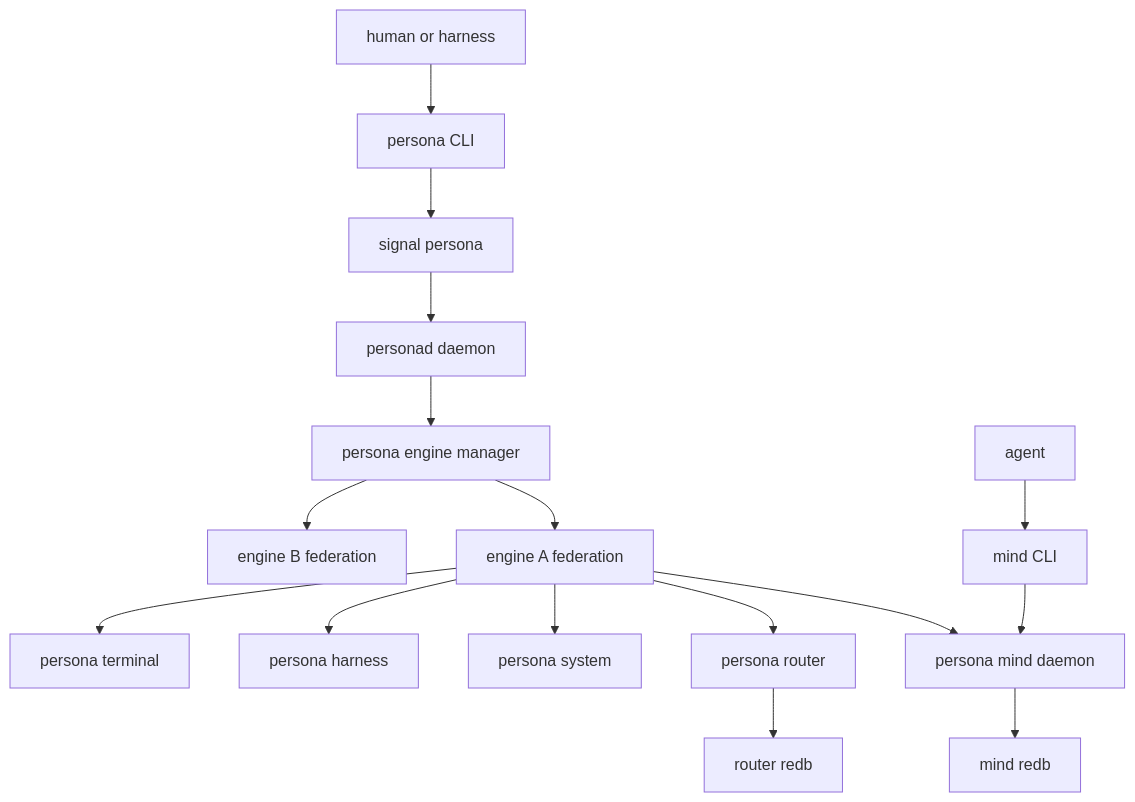
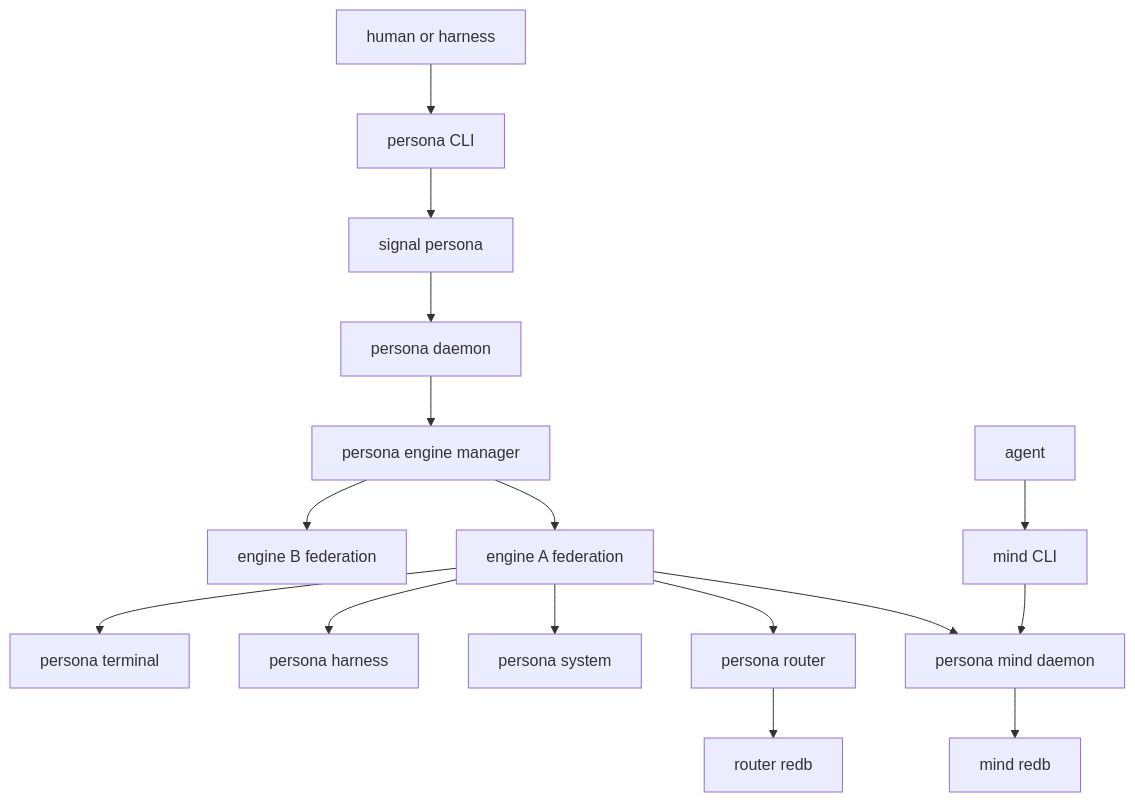
Before and after one commit to LiGoldragon/persona: the first of 7 diagrams in ARCHITECTURE.md, drawn with Mermaid. The commit also changed other lines of this file and 6 other files, not shown here.

Commit message:
rename persona daemon binary

````diff
--- a/ARCHITECTURE.md
+++ b/ARCHITECTURE.md
@@ -57,18 +57,18 @@
 ```mermaid
 graph TB
     operator[human or harness] --> persona_cli[persona CLI]
     persona_cli --> persona_contract[signal persona]
-    persona_contract --> personad[personad daemon]
-    personad --> manager[persona engine manager]
+    persona_contract --> persona_daemon[persona daemon]
+    persona_daemon --> manager[persona engine manager]
     manager --> engine_a[engine A federation]
     manager --> engine_b[engine B federation]
     engine_a --> mind_daemon[persona mind daemon]
     engine_a --> router[persona router]
     engine_a --> system[persona system]
     engine_a --> harness[persona harness]
     engine_a --> terminal[persona terminal]
     agent[agent] --> mind_cli[mind CLI]
     mind_cli --> mind_daemon
     mind_daemon --> mind_db[mind redb]
     router --> router_db[router redb]
 ```
````
